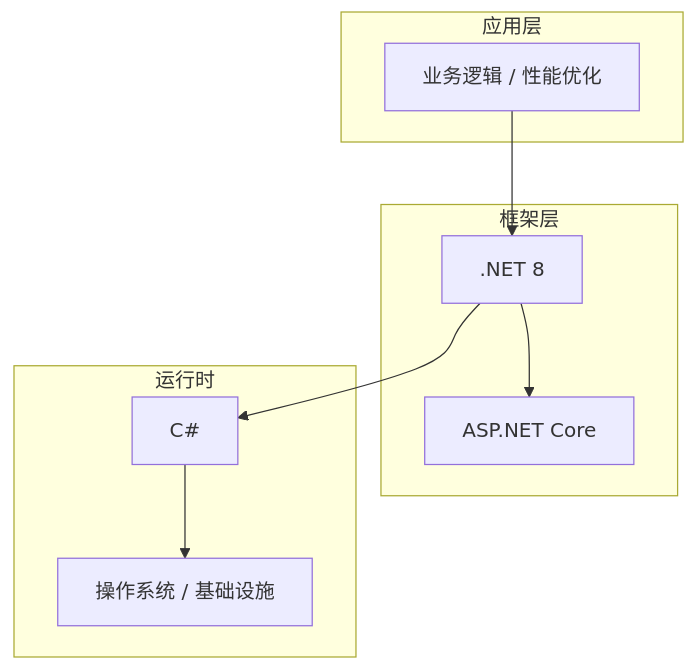
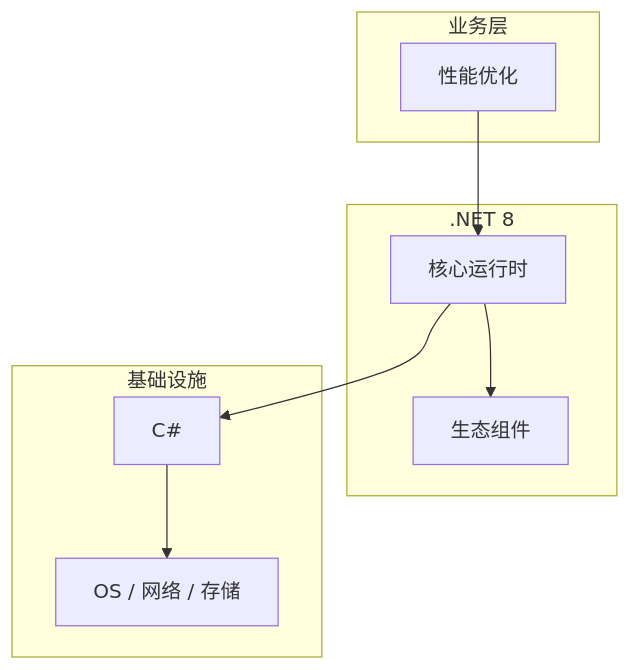
The diagram in articles/C#/chapters/089-性能优化核心概念与原理.md (yanggan2015/knowledge-json-v2), drawn with Mermaid before and after one commit. The commit also changed other lines of this file and 10127 other files, not shown here.

````diff
--- a/articles/C#/chapters/089-性能优化核心概念与原理.md
+++ b/articles/C#/chapters/089-性能优化核心概念与原理.md
@@ -45,18 +34,18 @@
 ```mermaid
 graph TB
-    subgraph 应用层
-        A[业务逻辑 / 性能优化]
+    subgraph 业务层
+        A[性能优化]
     end
-    subgraph 框架层
-        B[.NET 8]
-        C[ASP.NET Core]
+    subgraph .NET 8
+        B[核心运行时]
+        C[生态组件]
     end
-    subgraph 运行时
+    subgraph 基础设施
         D[C#]
-        E[操作系统 / 基础设施]
+        E[OS / 网络 / 存储]
     end
     A --> B
     B --> C
     B --> D
     D --> E
 ```
````
